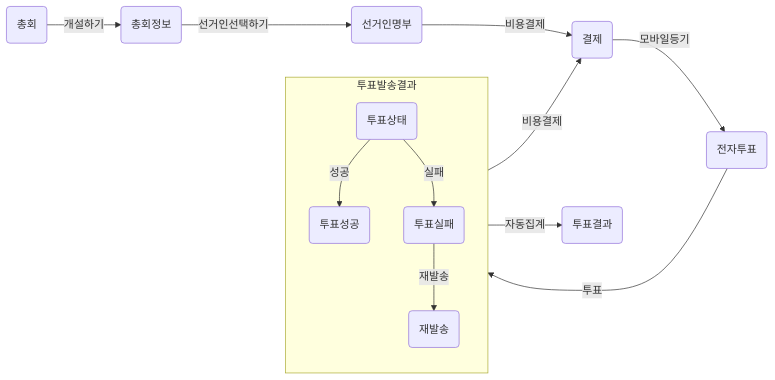
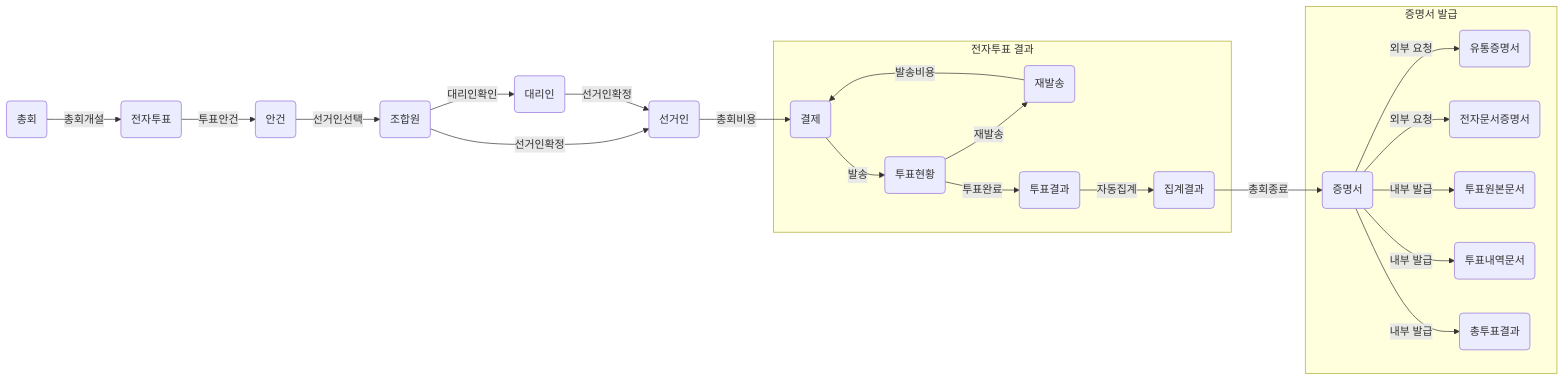
The first of 2 diagrams in Domain/domainModel-submit.md (next-step/career-domain), drawn with Mermaid before and after one commit. The commit also changed other lines of this file, not shown here.

Commit message:
feat: 상세 및 상위 도메인 작성
- 초안 수정

````diff
--- a/Domain/domainModel-submit.md
+++ b/Domain/domainModel-submit.md
@@ -3,37 +3,44 @@
 ```mermaid
 flowchart LR
     Meet(총회)
-%%    MeetMethod(총회방식)
-%%    Electronic(전자투표)
-%%    Onsite(현장투표)
-%%    ElectronicOnsite(전자/현장투표)
-    MeetInfo(총회정보)
-    MeetParticipant(선거인명부)
+    Electronic(전자투표)
+    Agenda(안건)
+    UnionRegister(조합원)
+    Participant(선거인)
+    Agent(대리인)
     Payment(결제)
-    ElectronicVote(전자투표)
-    VoteStatus(투표상태)
-    VoteSuccess(투표성공)
-    VoteFail(투표실패)
+    VoteStatus(투표현황)
     Resend(재발송)
     VoteResult(투표결과)
+    Calculate(집계결과)
+    Certificate(증명서)
+    Distribution(유통증명서)
+    Online(전자문서증명서)
+    OriginDoc(투표원본문서)
+    VoteDoc(투표내역문서)
+    VoteTotal(총투표결과)
     
-    Meet-->|개설하기|MeetInfo
-%%        subgraph 투표방식
-%%            direction TB
-%%            MeetMethod-->|전자투표|Electronic-->|전자투표 정보|MeetInfo
-%%            MeetMethod-->|현장투표|Onsite-->|현장투표 정보|MeetInfo
-%%            MeetMethod-->|전자/현장투표|ElectronicOnsite-->|전자/현장투표 정보|MeetInfo
-%%        end
-    MeetInfo-->|선거인선택하기|MeetParticipant
-    MeetParticipant-->|비용결제|Payment
-    Payment-->|모바일등기|ElectronicVote
-    ElectronicVote-->|투표|VoteStatus
-        subgraph 투표발송결과
-            direction TB
-            VoteStatus-->|성공|VoteSuccess
-            VoteStatus-->|실패|VoteFail-->|재발송|Resend
+    Meet-->|총회개설|Electronic
+    Electronic-->|투표안건|Agenda
+    Agenda-->|선거인선택|UnionRegister
+    UnionRegister-->|선거인확정|Participant
+    UnionRegister-->|대리인확인|Agent
+    Agent-->|선거인확정|Participant
+    Participant-->|총회비용|Payment
+    Payment-->|발송|VoteStatus
+        subgraph 전자투표 결과
+            VoteStatus-->|재발송|Resend
+            VoteStatus-->|투표완료|VoteResult
+            Resend-->|발송비용|Payment
+            VoteResult-->|자동집계|Calculate
         end
-    Resend-->|비용결제|Payment
-    VoteSuccess-->|자동집계|VoteResult
+    Calculate-->|총회종료|Certificate
+        subgraph 증명서 발급
+            Certificate-->|외부 요청|Distribution
+            Certificate-->|외부 요청|Online
+            Certificate-->|내부 발급|OriginDoc
+            Certificate-->|내부 발급|VoteDoc
+            Certificate-->|내부 발급|VoteTotal
+        end
 
 ```
````
